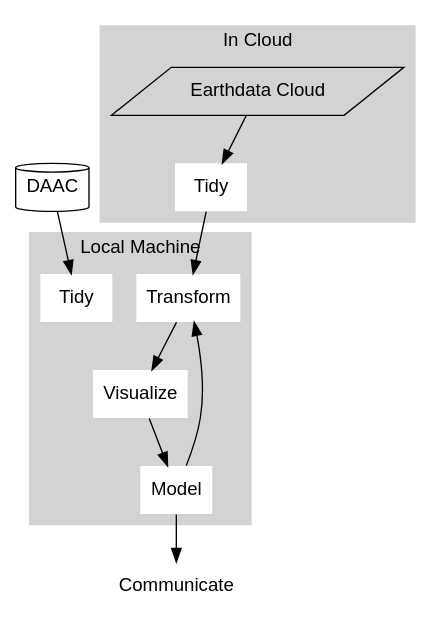
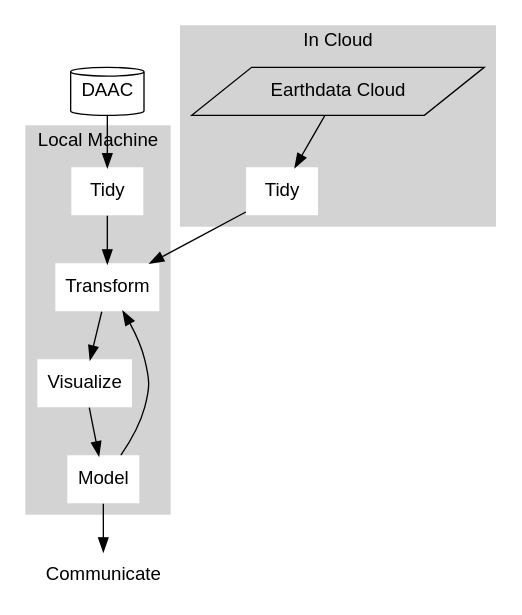
Before and after one commit to nsidc/data_strategies_for_future_us: the second of 3 diagrams in data_strategies_slides.qmd, drawn with Graphviz. The commit also changed other lines of this file, not shown here.

````diff
--- a/data_strategies_slides.qmd
+++ b/data_strategies_slides.qmd
@@ -90,33 +97,33 @@
 ```{dot}
 digraph G {
 	fontname="Helvetica,Arial,sans-serif"
 	node [fontname="Helvetica,Arial,sans-serif"]
 	edge [fontname="Helvetica,Arial,sans-serif"]
 
 	communicate [shape=plaintext, label="Communicate"];
         cloud [shape=parallelogram, label="Earthdata Cloud"];
         daac [shape=cylinder, label="DAAC"]
 
         subgraph cluster_incloud {
                 style=filled;
                 color=lightgrey;
 		tidy_cloud [shape=plaintext, label="Tidy", style=filled,color=white];
                 cloud -> tidy_cloud;
                 label="In Cloud";
         }
         
         subgraph cluster_local {
 		style=filled;
 		color=lightgrey;
 		node [shape=plaintext, style=filled,color=white];
                 tidy_local [shape=plaintext, label="Tidy", style=filled,color=white];
-		Transform -> Visualize -> Model -> Transform;
+		tidy_local -> Transform -> Visualize -> Model -> Transform;
 		label = "Local Machine";
 	}
 
         daac -> tidy_local;
         tidy_cloud -> Transform
         Model -> communicate;
         
 }
 ```
````
